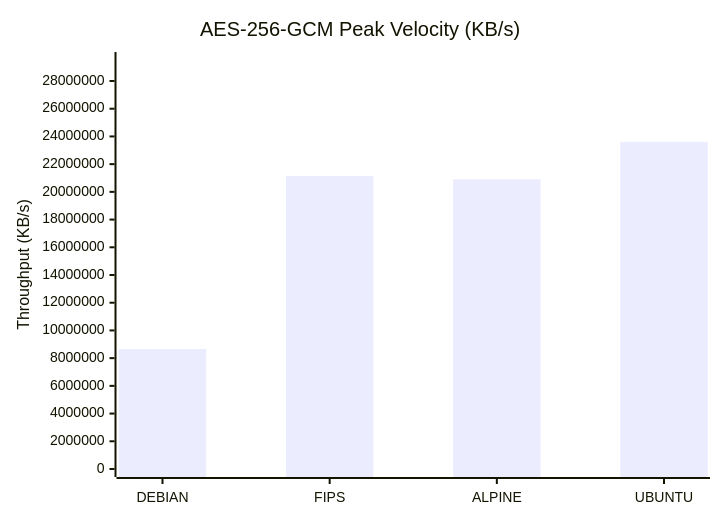
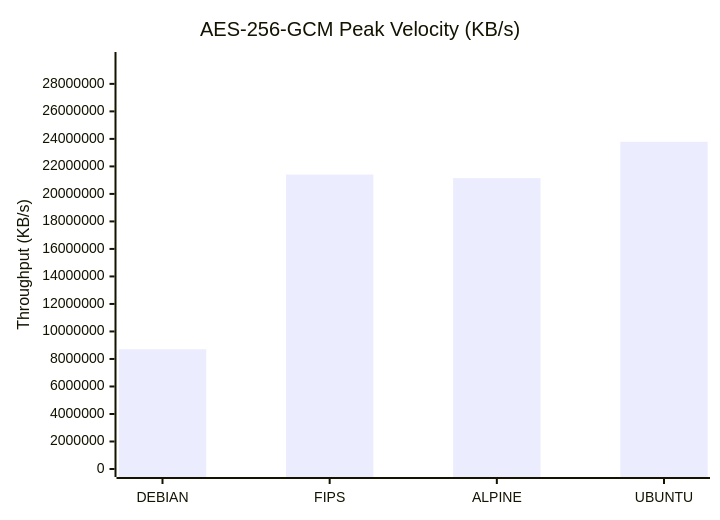
One commit to taha2samy/openssl_fips changed the first of 9 diagrams in docs/Comparison_Report.md. Above: the diagram before and after it, drawn with Mermaid. The commit also changed other lines of this file and 3 other files, not shown here.

````diff
--- a/docs/Comparison_Report.md
+++ b/docs/Comparison_Report.md
@@ -56,7 +56,7 @@
 ```mermaid
 xychart-beta
     title "AES-256-GCM Peak Velocity (KB/s)"
     x-axis [DEBIAN, FIPS, ALPINE, UBUNTU]
-    y-axis "Throughput (KB/s)" 0 --> 29515847
-    bar [8658706.43, 21143142.4, 20912865.28, 23612678.14]
+    y-axis "Throughput (KB/s)" 0 --> 29735301
+    bar [8708849.66, 21407047.68, 21146984.45, 23788240.9]
 ```
````
